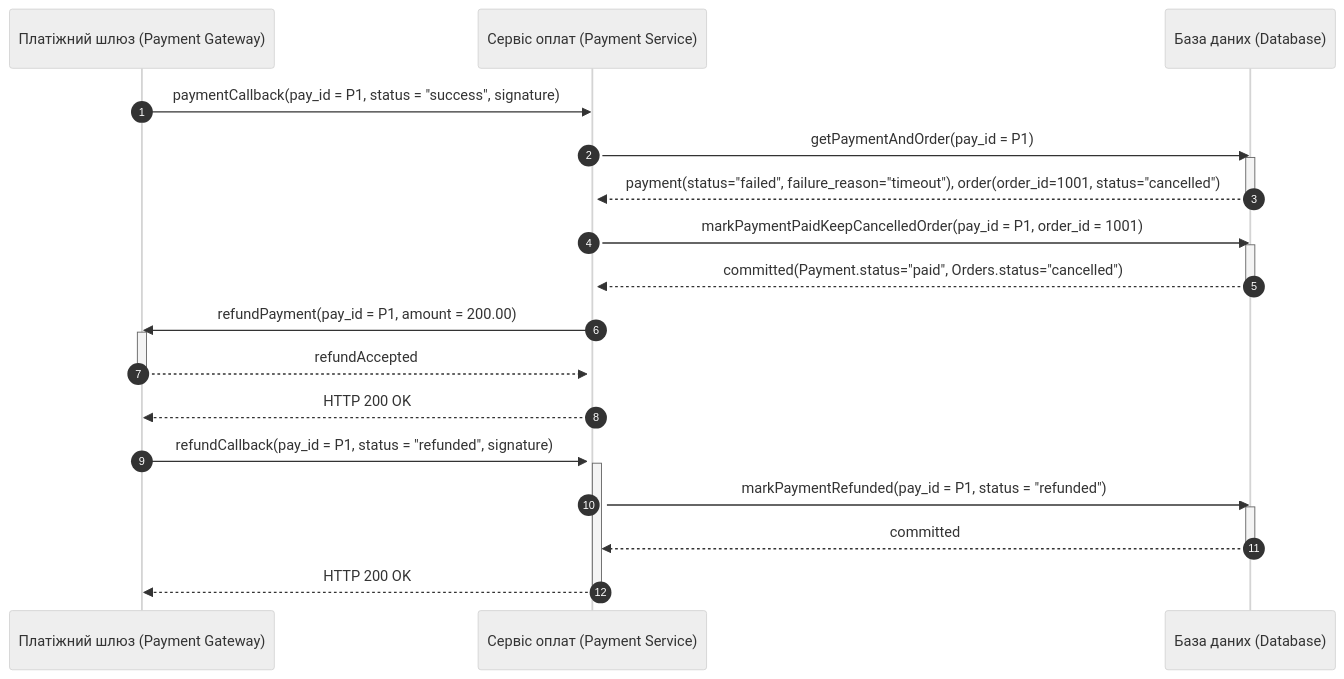
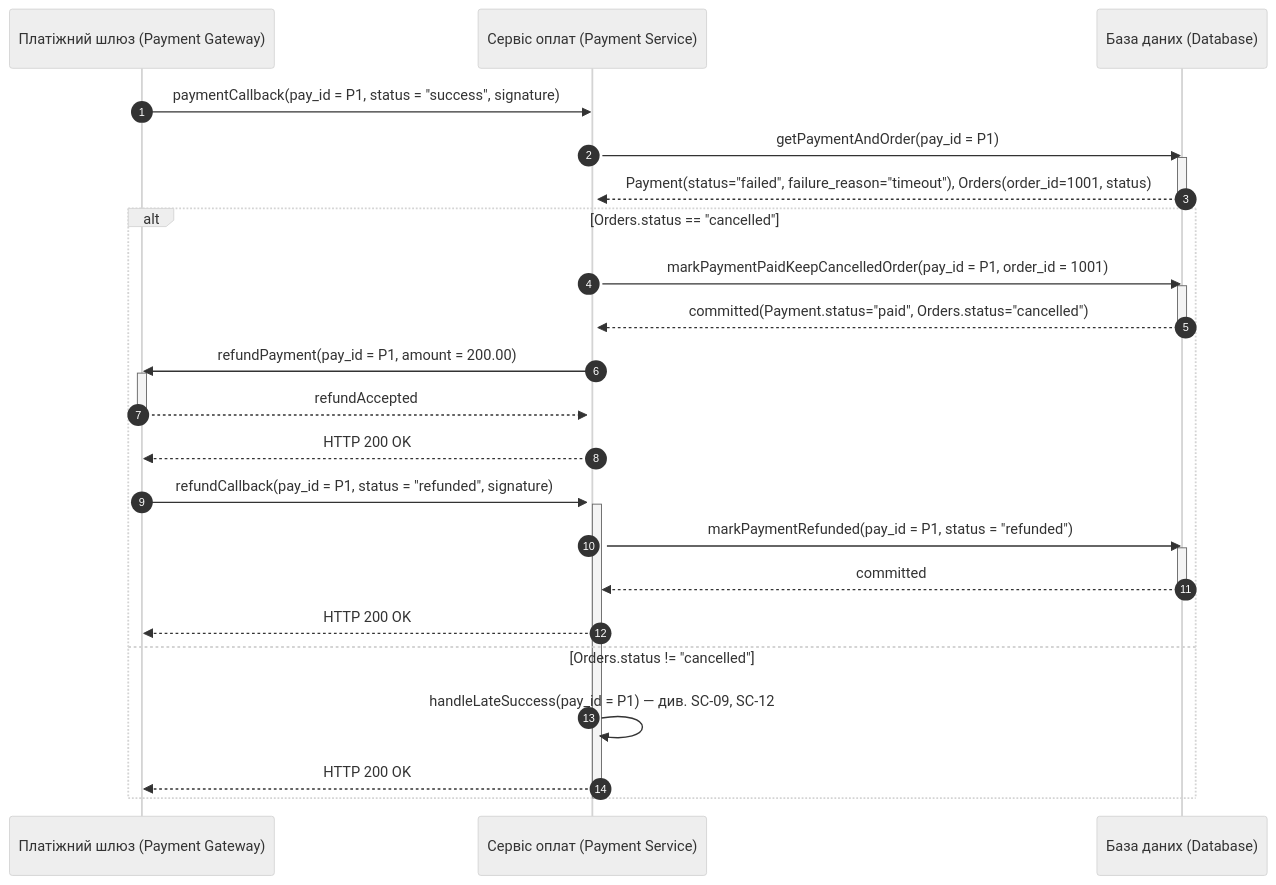
One commit to hutnichs/KPI_MAVPZ changed diagram 13 of 15 in Lab3/diagram.md. Above: the diagram before and after it, drawn with Mermaid (neutral theme). The commit also changed other lines of this file, not shown here.

Commit message:
Refactor payment flow and update details

````diff
--- a/Lab3/diagram.md
+++ b/Lab3/diagram.md
@@ -387,32 +438,37 @@
 ```mermaid
 sequenceDiagram
     autonumber
     participant PGW as Платіжний шлюз (Payment Gateway)
     participant PS as Сервіс оплат (Payment Service)
     participant DB as База даних (Database)
 
     PGW->>PS: paymentCallback(pay_id = P1, status = "success", signature)
     activate PS
     PS->>DB: getPaymentAndOrder(pay_id = P1)
     activate DB
-    DB-->>PS: payment(status="failed", failure_reason="timeout"), order(order_id=1001, status="cancelled")
+    DB-->>PS: Payment(status="failed", failure_reason="timeout"), Orders(order_id=1001, status)
     deactivate DB
-    PS->>DB: markPaymentPaidKeepCancelledOrder(pay_id = P1, order_id = 1001)
-    activate DB
-    DB-->>PS: committed(Payment.status="paid", Orders.status="cancelled")
-    deactivate DB
-    PS->>PGW: refundPayment(pay_id = P1, amount = 200.00)
-    activate PGW
-    PGW-->>PS: refundAccepted
-    deactivate PGW
-    PS-->>PGW: HTTP 200 OK
+    alt Orders.status == "cancelled"
+        PS->>DB: markPaymentPaidKeepCancelledOrder(pay_id = P1, order_id = 1001)
+        activate DB
+        DB-->>PS: committed(Payment.status="paid", Orders.status="cancelled")
+        deactivate DB
+        PS->>PGW: refundPayment(pay_id = P1, amount = 200.00)
+        activate PGW
+        PGW-->>PS: refundAccepted
+        deactivate PGW
+        PS-->>PGW: HTTP 200 OK
 
-    PGW->>PS: refundCallback(pay_id = P1, status = "refunded", signature)
-    activate PS
-    PS->>DB: markPaymentRefunded(pay_id = P1, status = "refunded")
-    activate DB
-    DB-->>PS: committed
-    deactivate DB
-    PS-->>PGW: HTTP 200 OK
+        PGW->>PS: refundCallback(pay_id = P1, status = "refunded", signature)
+        activate PS
+        PS->>DB: markPaymentRefunded(pay_id = P1, status = "refunded")
+        activate DB
+        DB-->>PS: committed
+        deactivate DB
+        PS-->>PGW: HTTP 200 OK
+    else Orders.status != "cancelled"
+        PS->>PS: handleLateSuccess(pay_id = P1) — див. SC-09, SC-12
+        PS-->>PGW: HTTP 200 OK
+    end
     deactivate PS
 ```
````
